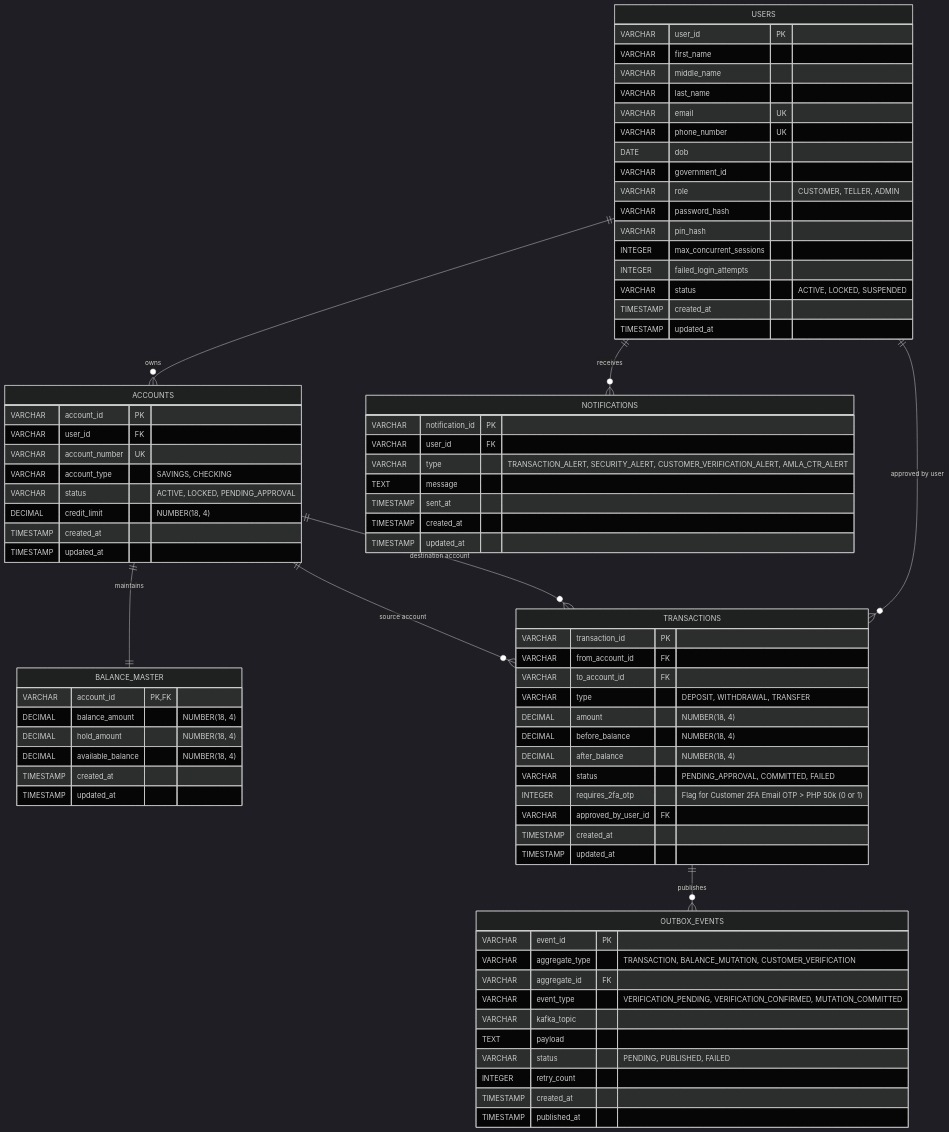
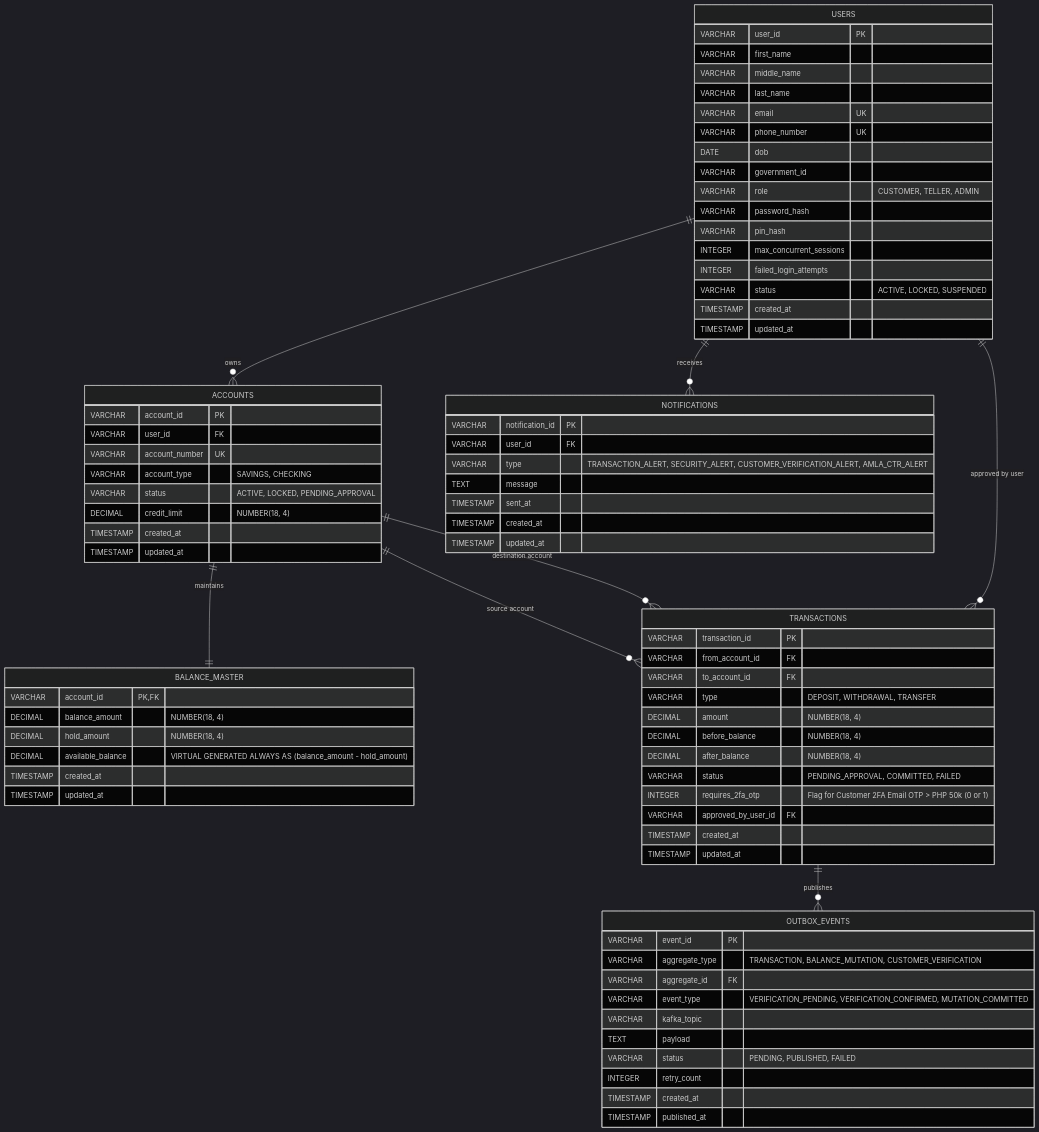
Before and after one commit to romzelmadidev/group3_fse_capstone: the diagram in ERD.md, drawn with Mermaid (dark theme). The commit also changed other lines of this file and 14 other files, not shown here.

Commit message:
fix(t24): Removed redundant parts in the database schemas

```diff
--- a/ERD.md
+++ b/ERD.md
@@ -50,7 +50,7 @@
         VARCHAR account_id PK, FK
         DECIMAL balance_amount "NUMBER(18, 4)"
         DECIMAL hold_amount "NUMBER(18, 4)"
-        DECIMAL available_balance "NUMBER(18, 4)"
+        DECIMAL available_balance "VIRTUAL GENERATED ALWAYS AS (balance_amount - hold_amount)"
         TIMESTAMP created_at
         TIMESTAMP updated_at
     }
```
